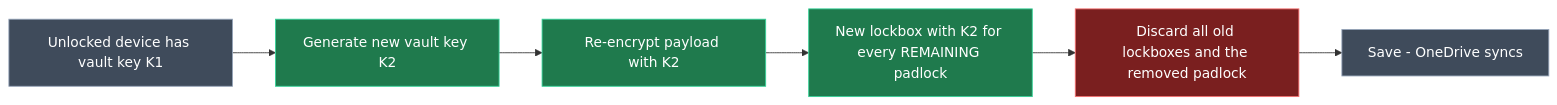
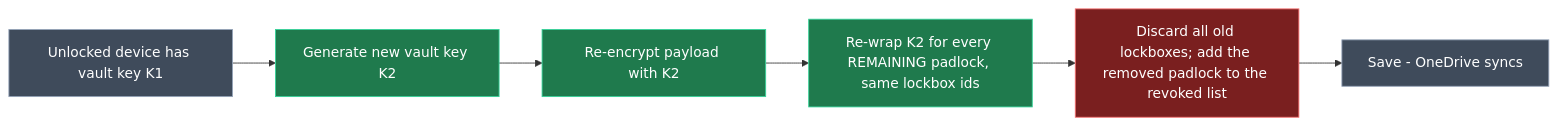
One commit to dandrejvv/ApiKeyVault changed the third of 5 diagrams in intent/.plans/2026-10-05-apikeyvault-cryptography-persistence-des.md. Above: the diagram before and after it, drawn with Mermaid. The commit also changed other lines of this file, not shown here.

````diff
--- a/intent/.plans/2026-10-05-apikeyvault-cryptography-persistence-des.md
+++ b/intent/.plans/2026-10-05-apikeyvault-cryptography-persistence-des.md
@@ -180,12 +195,12 @@
 ```mermaid
 flowchart LR
   classDef added fill:#1f7a4d,stroke:#34d399,color:#ffffff
   classDef removed fill:#7a1f1f,stroke:#f87171,color:#ffffff
   classDef existing fill:#3f4b5b,stroke:#94a3b8,color:#ffffff
 
   A[Unlocked device has vault key K1]:::existing --> B[Generate new vault key K2]:::added
   B --> C[Re-encrypt payload with K2]:::added
-  C --> D[New lockbox with K2 for every REMAINING padlock]:::added
-  D --> E[Discard all old lockboxes and the removed padlock]:::removed
+  C --> D[Re-wrap K2 for every REMAINING padlock, same lockbox ids]:::added
+  D --> E[Discard all old lockboxes; add the removed padlock to the revoked list]:::removed
   E --> F[Save - OneDrive syncs]:::existing
 ```
````
